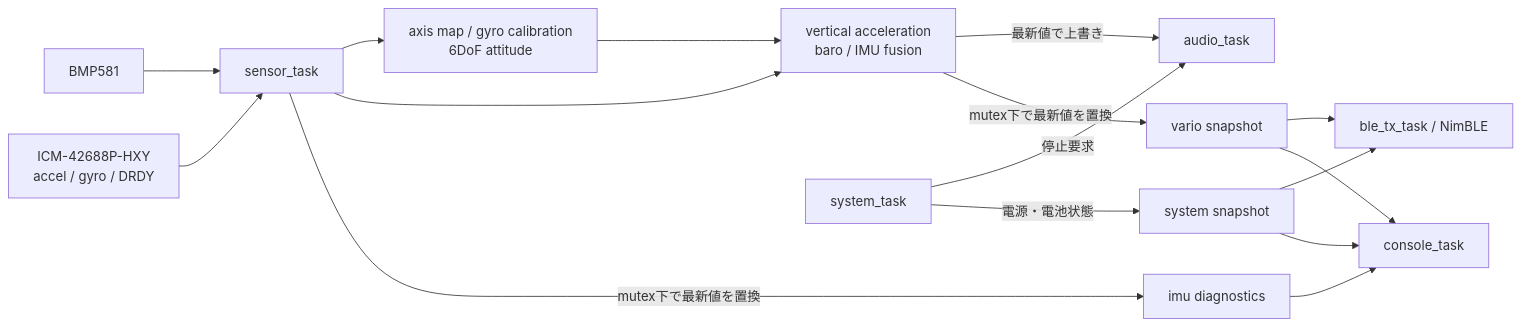
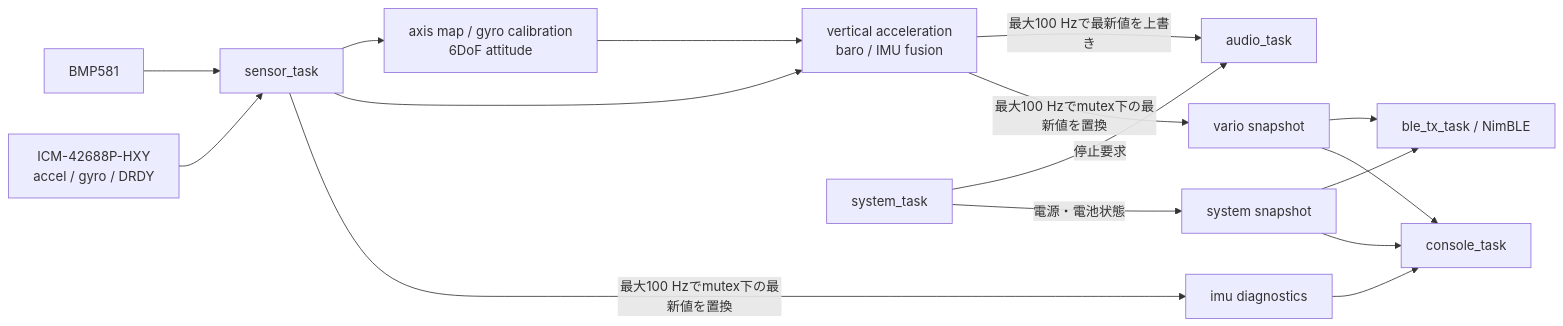
Before and after one commit to Satoshi5385/CloudBaseVario: the second of 2 diagrams in DOC/SW_spec.md, drawn with Mermaid. The commit also changed other lines of this file and 14 other files, not shown here.

````diff
--- a/DOC/SW_spec.md
+++ b/DOC/SW_spec.md
@@ -590,18 +591,18 @@
 ```mermaid
 flowchart LR
     BMP[BMP581] --> SENSOR[sensor_task]
     IMU[ICM-42688P-HXY<br/>accel / gyro / DRDY] --> SENSOR
     SENSOR --> ATTITUDE[axis map / gyro calibration<br/>6DoF attitude]
     ATTITUDE --> FUSION[vertical acceleration<br/>baro / IMU fusion]
     SENSOR --> FUSION
-    FUSION -->|最新値で上書き| AUDIO[audio_task]
-    FUSION -->|mutex下で最新値を置換| VARIO_SNAPSHOT[vario snapshot]
-    SENSOR -->|mutex下で最新値を置換| IMU_DIAGNOSTICS[imu diagnostics]
+    FUSION -->|最大100 Hzで最新値を上書き| AUDIO[audio_task]
+    FUSION -->|最大100 Hzでmutex下の最新値を置換| VARIO_SNAPSHOT[vario snapshot]
+    SENSOR -->|最大100 Hzでmutex下の最新値を置換| IMU_DIAGNOSTICS[imu diagnostics]
     VARIO_SNAPSHOT --> BLE[ble_tx_task / NimBLE]
     VARIO_SNAPSHOT --> CONSOLE[console_task]
     IMU_DIAGNOSTICS --> CONSOLE
     SYSTEM[system_task] -->|停止要求| AUDIO
     SYSTEM -->|電源・電池状態| SYSTEM_SNAPSHOT[system snapshot]
     SYSTEM_SNAPSHOT --> BLE
     SYSTEM_SNAPSHOT --> CONSOLE
 ```
````
